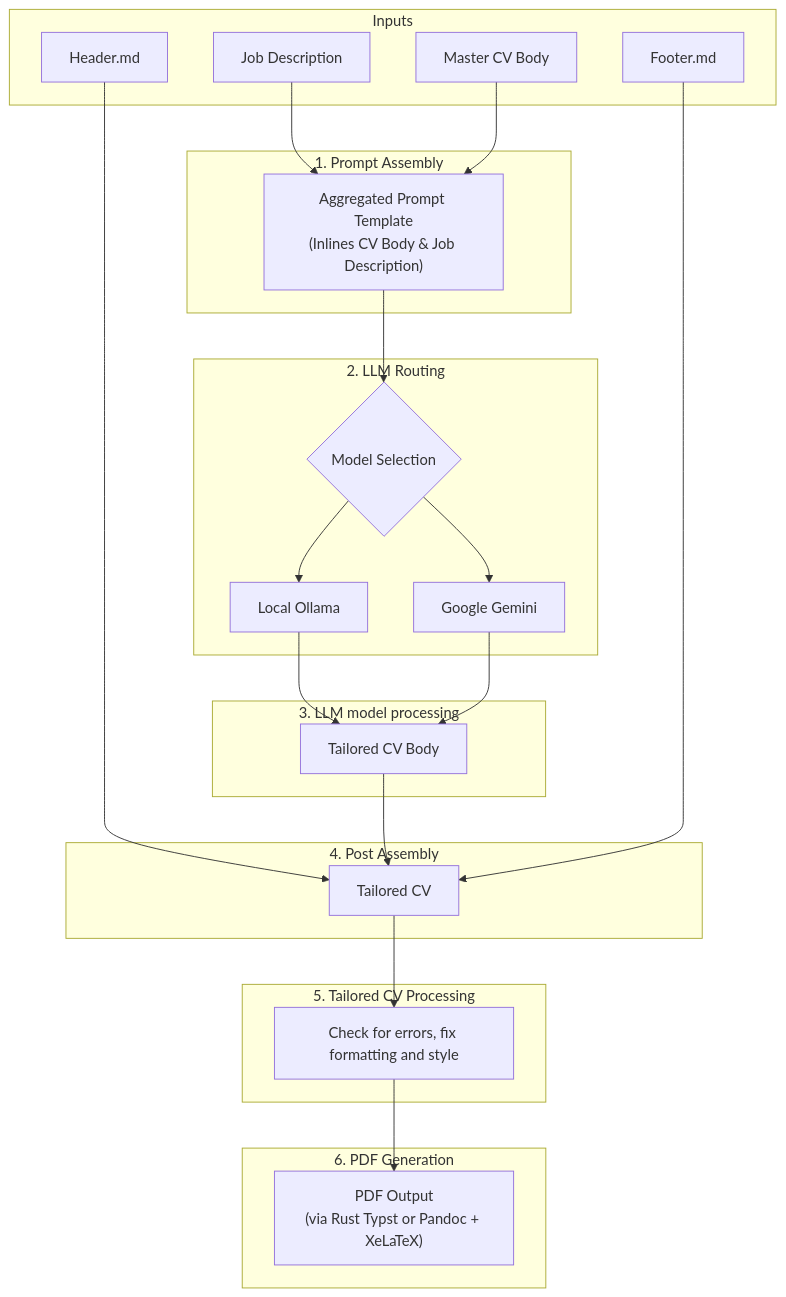
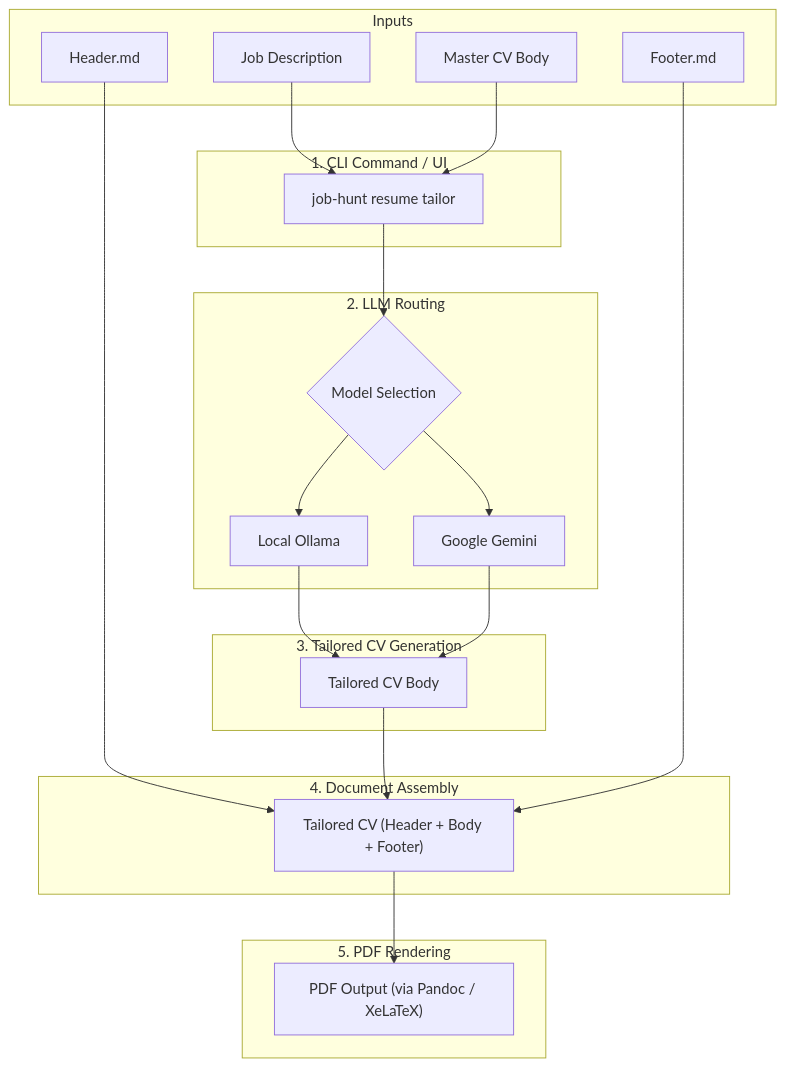
One commit to kirillstrelkov/job-hunt changed the diagram in README.md. Above: the diagram before and after it, drawn with Mermaid. The commit also changed other lines of this file and 286 other files, not shown here.

````diff
--- a/README.md
+++ b/README.md
@@ -26,49 +97,38 @@
 ```mermaid
 flowchart TD
     subgraph Inputs ["Inputs"]
         JD["Job Description"]
         CV_Body["Master CV Body"]
         Header["Header.md"]
         Footer["Footer.md"]
     end
 
-    subgraph Assembly ["1. Prompt Assembly"]
-        Prompt["Aggregated Prompt Template\n(Inlines CV Body & Job Description)"]
+    subgraph CLI ["1. CLI Command / UI"]
+        Cmd["job-hunt resume tailor"]
     end
 
     subgraph Routing ["2. LLM Routing"]
         Router{"Model Selection"}
         Ollama["Local Ollama"]
         Gemini["Google Gemini"]
     end
 
-    subgraph Generation ["3. LLM model processing"]
+    subgraph Generation ["3. Tailored CV Generation"]
         Tailored_Body["Tailored CV Body"]
     end
 
-    subgraph PostAssembly ["4. Post Assembly"]
-        Tailored_CV["Tailored CV"]
+    subgraph PostAssembly ["4. Document Assembly"]
+        Tailored_CV["Tailored CV (Header + Body + Footer)"]
     end
 
-    subgraph Processing ["5. Tailored CV Processing"]
-        Processed_CV["Check for errors, fix formatting and style"]
+    subgraph Compile ["5. PDF Rendering"]
+        PDF["PDF Output (via Pandoc / XeLaTeX)"]
     end
 
-    subgraph Compile ["6. PDF Generation"]
-        PDF["PDF Output\n(via Rust Typst or Pandoc + XeLaTeX)"]
-    end
-
-    JD --> Prompt
-    CV_Body --> Prompt
-    Prompt --> Router
-    Router --> Ollama
-    Router --> Gemini
+    JD & CV_Body --> Cmd
+    Cmd --> Router
+    Router --> Ollama & Gemini
     Ollama & Gemini --> Tailored_Body
-
-    Header --> Tailored_CV
-    Tailored_Body --> Tailored_CV
-    Footer --> Tailored_CV
-
-    Tailored_CV --> Processed_CV
-    Processed_CV --> PDF
+    Header & Tailored_Body & Footer --> Tailored_CV
+    Tailored_CV --> PDF
 ```
````
